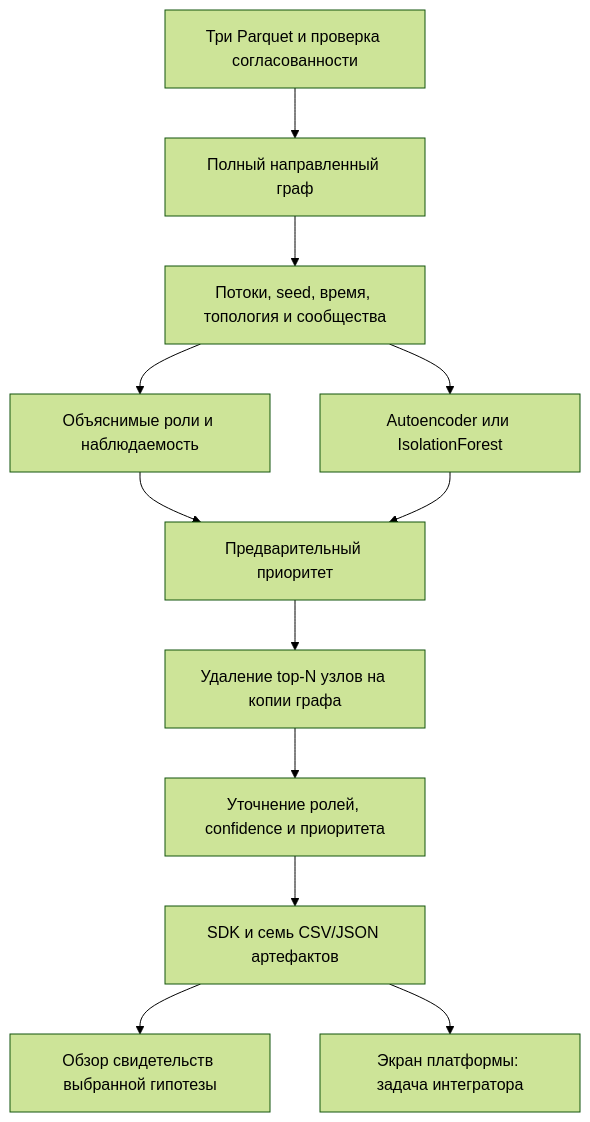
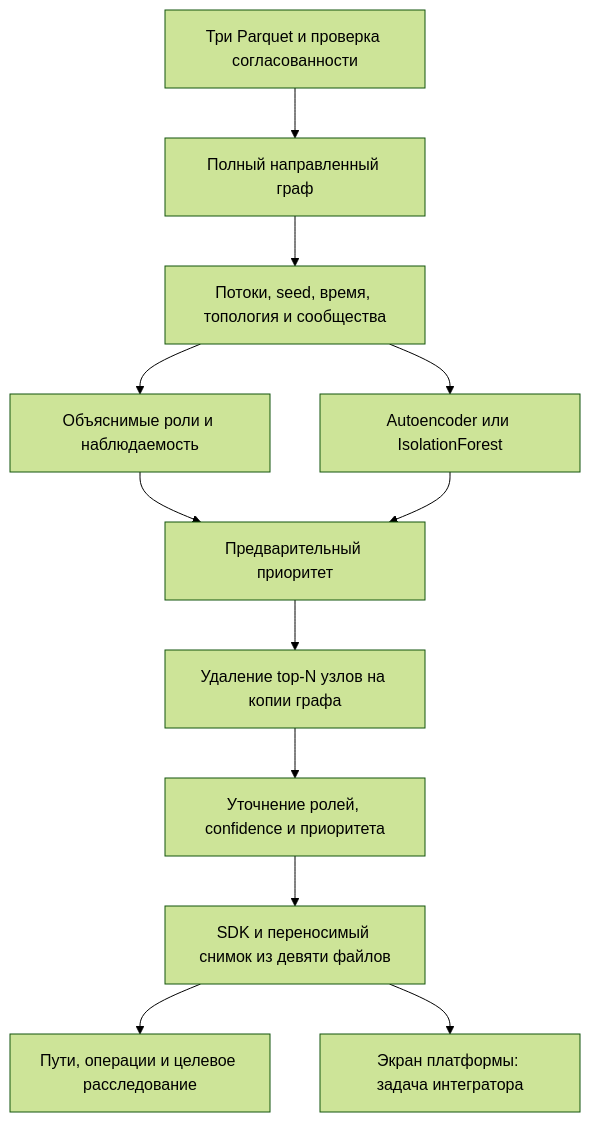
One commit to BAITC-Hacks/hack-c2a931d4-hackyou changed the diagram in README.md. Above: the diagram before and after it, drawn with Mermaid (forest theme). The commit also changed other lines of this file and 6 other files, not shown here.

````diff
--- a/README.md
+++ b/README.md
@@ -124,14 +131,14 @@
 ```mermaid
 flowchart TD
     A[Три Parquet и проверка согласованности] --> B[Полный направленный граф]
     B --> C[Потоки, seed, время, топология и сообщества]
     C --> D[Объяснимые роли и наблюдаемость]
     C --> E[Autoencoder или IsolationForest]
     D --> F[Предварительный приоритет]
     E --> F
     F --> G[Удаление top-N узлов на копии графа]
     G --> H[Уточнение ролей, confidence и приоритета]
-    H --> I[SDK и семь CSV/JSON артефактов]
-    I --> J[Обзор свидетельств выбранной гипотезы]
+    H --> I[SDK и переносимый снимок из девяти файлов]
+    I --> J[Пути, операции и целевое расследование]
     I --> K[Экран платформы: задача интегратора]
 ```
````
